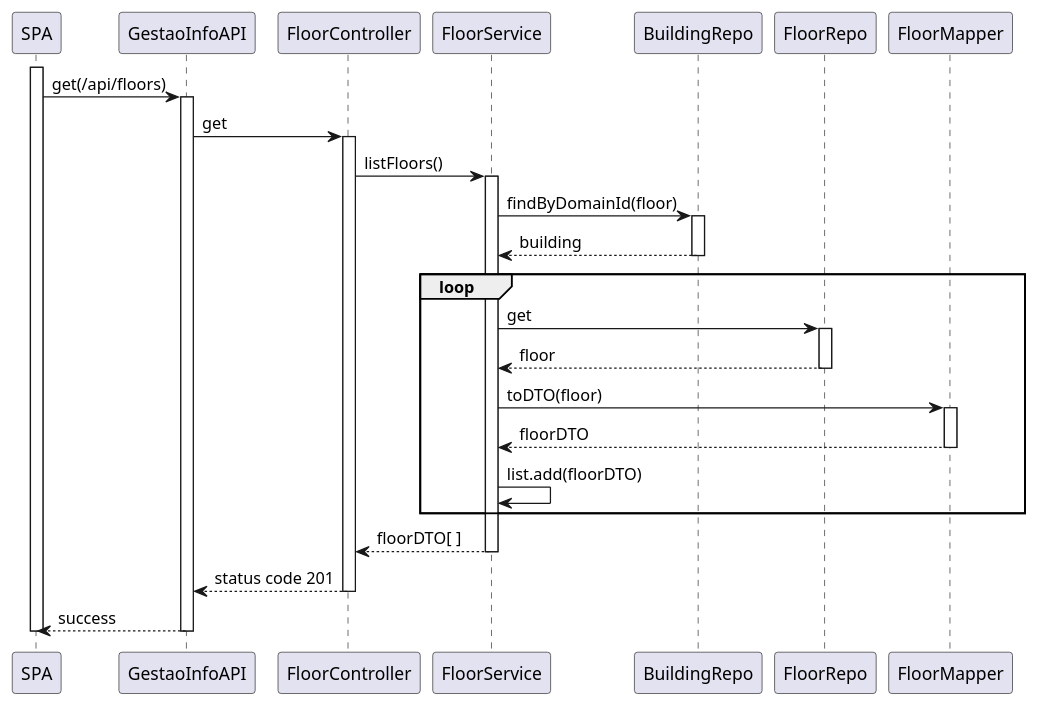
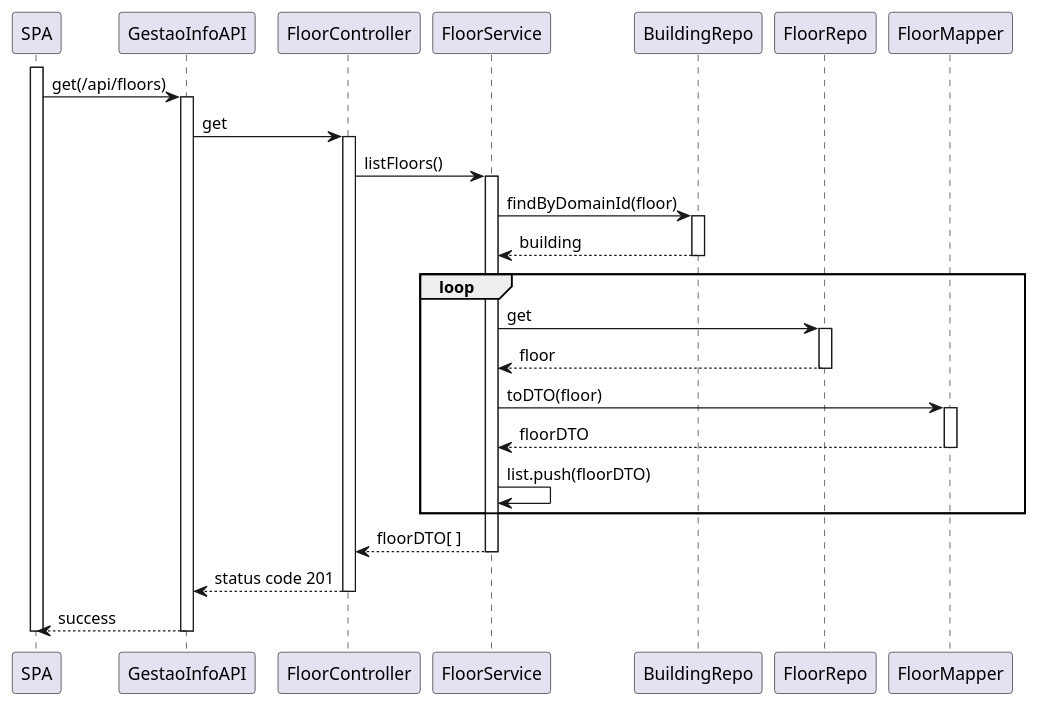
The diagram in documentation/sprintA/us210/Level 3/US210.puml (1211134PedroViana/SEM_PI_23-24_G14), drawn with PlantUML before and after one commit. The commit also changed 4 other files, not shown here.

```diff
--- a/documentation/sprintA/us210/Level 3/US210.puml
+++ b/documentation/sprintA/us210/Level 3/US210.puml
@@ -1,46 +1,46 @@
 @startuml
 
 activate SPA
 SPA -> GestaoInfoAPI : get(/api/floors)
 activate GestaoInfoAPI
 
 GestaoInfoAPI -> FloorController : get
 activate FloorController
 
 FloorController -> FloorService : listFloors()
 activate FloorService
 
 FloorService -> BuildingRepo : findByDomainId(floor)
 activate BuildingRepo
 
 BuildingRepo --> FloorService : building
 deactivate BuildingRepo
 
 loop
     FloorService -> FloorRepo : get
     activate FloorRepo
 
     FloorRepo --> FloorService : floor
     deactivate FloorRepo
 
     FloorService -> FloorMapper : toDTO(floor)
     activate FloorMapper
 
     FloorMapper --> FloorService : floorDTO
     deactivate FloorMapper
 
-    FloorService -> FloorService : list.add(floorDTO)
+    FloorService -> FloorService : list.push(floorDTO)
 end
 
 FloorService --> FloorController : floorDTO[ ]
 deactivate FloorService
 
 FloorController --> GestaoInfoAPI : status code 201
 deactivate FloorController
 
 GestaoInfoAPI --> SPA : success
 deactivate GestaoInfoAPI
 
 deactivate SPA
 
 @enduml
```
